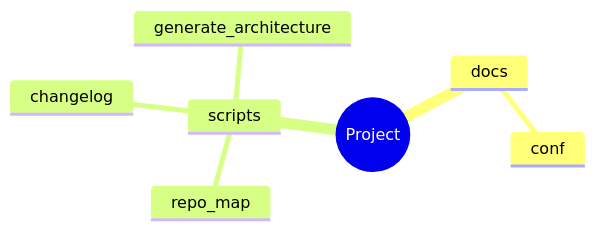
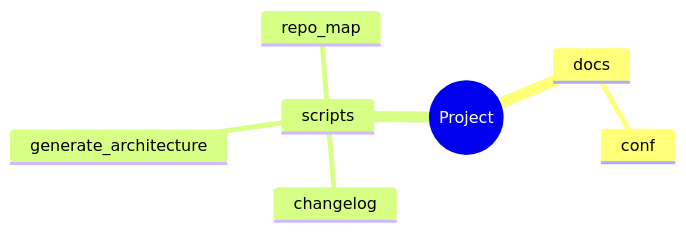
The fifth of 8 diagrams in docs/auto/ARCHITECTURE_AUTO.md (zepfu/repo-standards), drawn with Mermaid before and after one commit. The commit also changed other lines of this file and 2 other files, not shown here.

````diff
--- a/docs/auto/ARCHITECTURE_AUTO.md
+++ b/docs/auto/ARCHITECTURE_AUTO.md
@@ -90,10 +99,10 @@
 ```mermaid
 mindmap
   root((Project))
     docs
       conf
     scripts
-      repo_map
       changelog
       generate_architecture
+      repo_map
 ```
````
